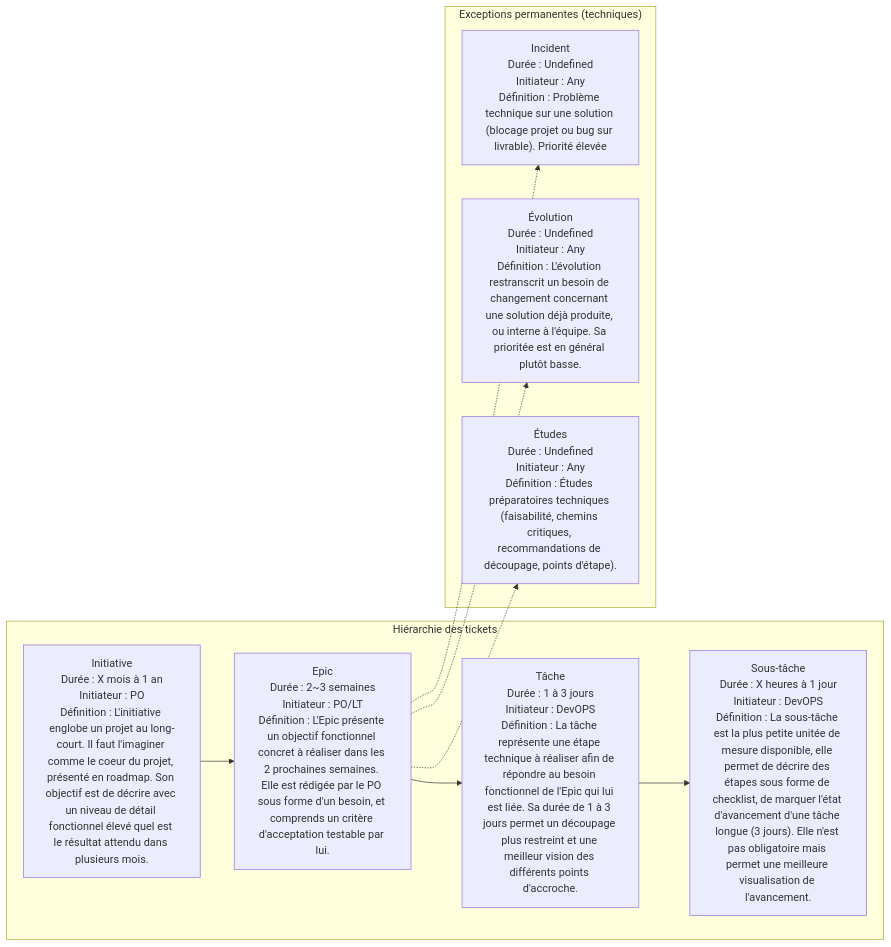
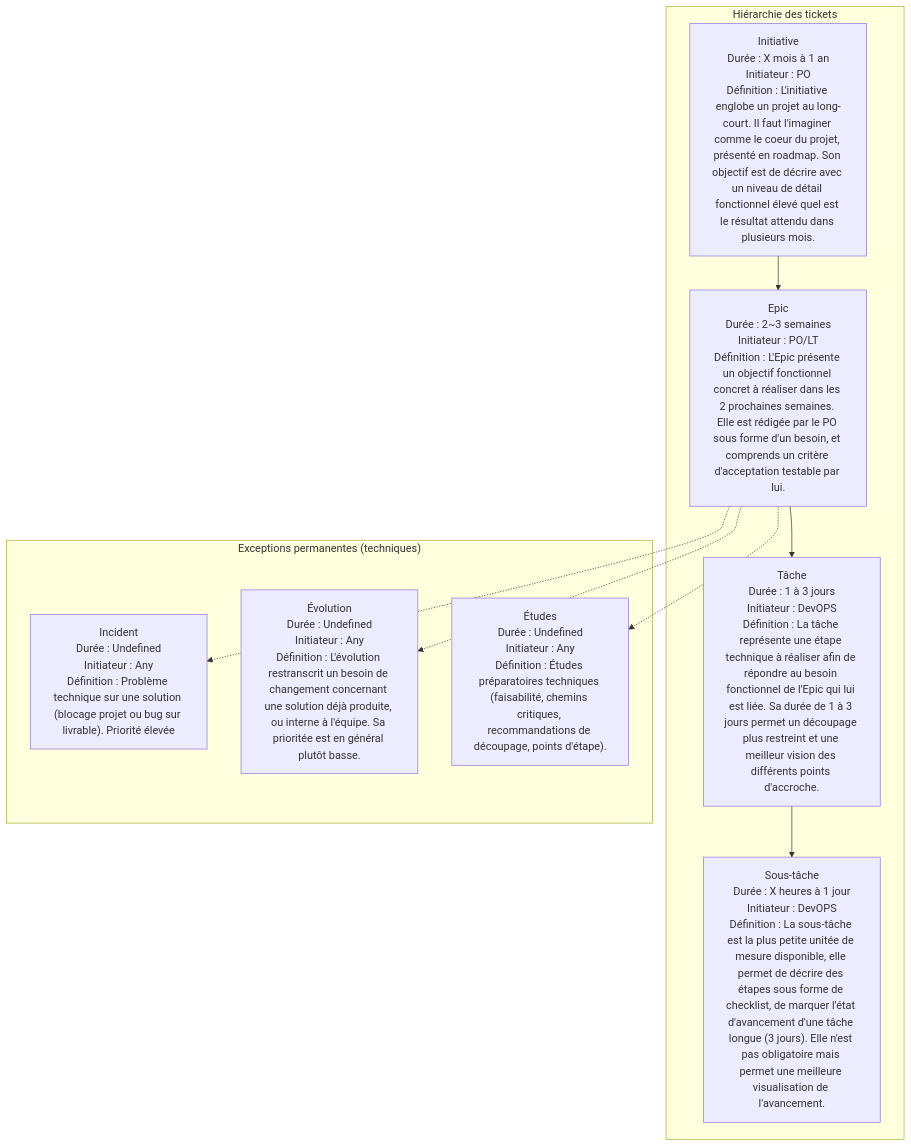
The first of 3 diagrams in README.md (arioual-utech/airflows), drawn with Mermaid before and after one commit.

Commit message:
Changement du type de diagramme dans le README.md de "flowchart LR" à "flowchart TD" pour améliorer la clarté de la hiérarchie des tickets. Aucune autre modification de contenu n'a été apportée.

````diff
--- a/README.md
+++ b/README.md
@@ -47,18 +47,18 @@
 ```mermaid
-flowchart LR
+flowchart TD
   subgraph "Hiérarchie des tickets"
     INIT["Initiative<br/>Durée : X mois à 1 an<br/>Initiateur : PO<br/>Définition : L'initiative englobe un projet au long-court. Il faut l'imaginer comme le coeur du projet, présenté en roadmap. Son objectif est de décrire avec un niveau de détail fonctionnel élevé quel est le résultat attendu dans plusieurs mois."]
     EPIC["Epic<br/>Durée : 2~3 semaines<br/>Initiateur : PO/LT<br/>Définition : L'Epic présente un objectif fonctionnel concret à réaliser dans les 2 prochaines semaines. Elle est rédigée par le PO sous forme d'un besoin, et comprends un critère d'acceptation testable par lui."]
     TACHE["Tâche<br/>Durée : 1 à 3 jours<br/>Initiateur : DevOPS<br/>Définition : La tâche représente une étape technique à réaliser afin de répondre au besoin fonctionnel de l'Epic qui lui est liée. Sa durée de 1 à 3 jours permet un découpage plus restreint et une meilleur vision des différents points d'accroche."]
     SOUSTACHE["Sous-tâche<br/>Durée : X heures à 1 jour<br/>Initiateur : DevOPS<br/>Définition : La sous-tâche est la plus petite unitée de mesure disponible, elle permet de décrire des étapes sous forme de checklist, de marquer l'état d'avancement d'une tâche longue (3 jours). Elle n'est pas obligatoire mais permet une meilleure visualisation de l'avancement."]
     INIT --> EPIC --> TACHE --> SOUSTACHE
   end
   subgraph "Exceptions permanentes (techniques)"
     INC["Incident<br/>Durée : Undefined<br/>Initiateur : Any<br/>Définition : Problème technique sur une solution (blocage projet ou bug sur livrable). Priorité élevée"]
     EVO["Évolution<br/>Durée : Undefined<br/>Initiateur : Any<br/>Définition : L'évolution restranscrit un besoin de changement concernant une solution déjà produite, ou interne à l'équipe. Sa prioritée est en général plutôt basse."]
     ETUDE["Études<br/>Durée : Undefined<br/>Initiateur : Any<br/>Définition : Études préparatoires techniques (faisabilité, chemins critiques, recommandations de découpage, points d'étape)."]
   end
   EPIC -.-> INC
   EPIC -.-> EVO
   EPIC -.-> ETUDE
 ```
````
